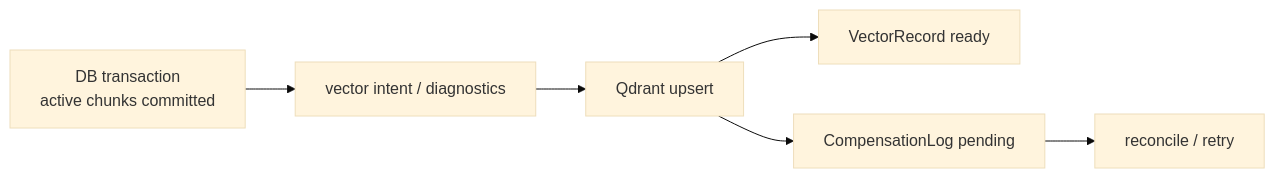
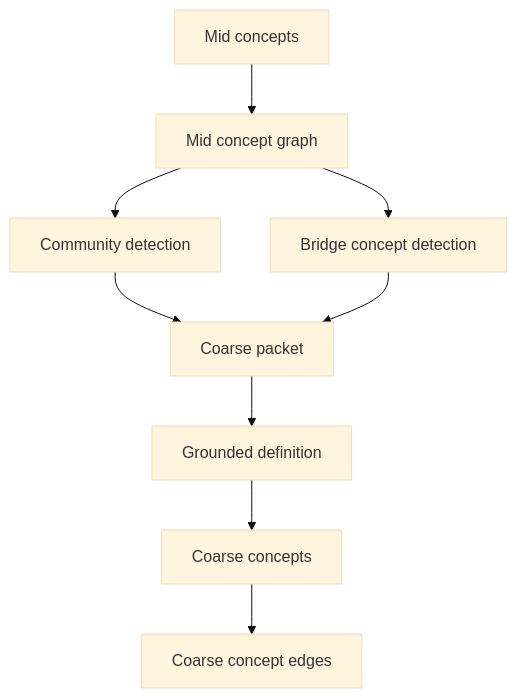
The ninth of 10 diagrams in docs/technical-spec.md (Sggggt/SymboGraph), drawn with Mermaid (base theme) before and after one commit. The commit also changed other lines of this file and 123 other files, not shown here.

````diff
--- a/docs/technical-spec.md
+++ b/docs/technical-spec.md
@@ -1010,8 +667,11 @@
 ```mermaid
-flowchart LR
-    TX["DB transaction<br>active chunks committed"] --> INTENT["vector intent / diagnostics"]
-    INTENT --> UPSERT["Qdrant upsert"]
-    UPSERT --> OK["VectorRecord ready"]
-    UPSERT --> FAIL["CompensationLog pending"]
-    FAIL --> RECON["reconcile / retry"]
+flowchart TB
+    MC["Mid concepts"] --> MG["Mid concept graph"]
+    MG --> CD["Community detection"]
+    MG --> BR["Bridge concept detection"]
+    CD --> CP["Coarse packet"]
+    BR --> CP
+    CP --> LLM["Grounded definition"]
+    LLM --> CC["Coarse concepts"]
+    CC --> CE["Coarse concept edges"]
 ```
````
